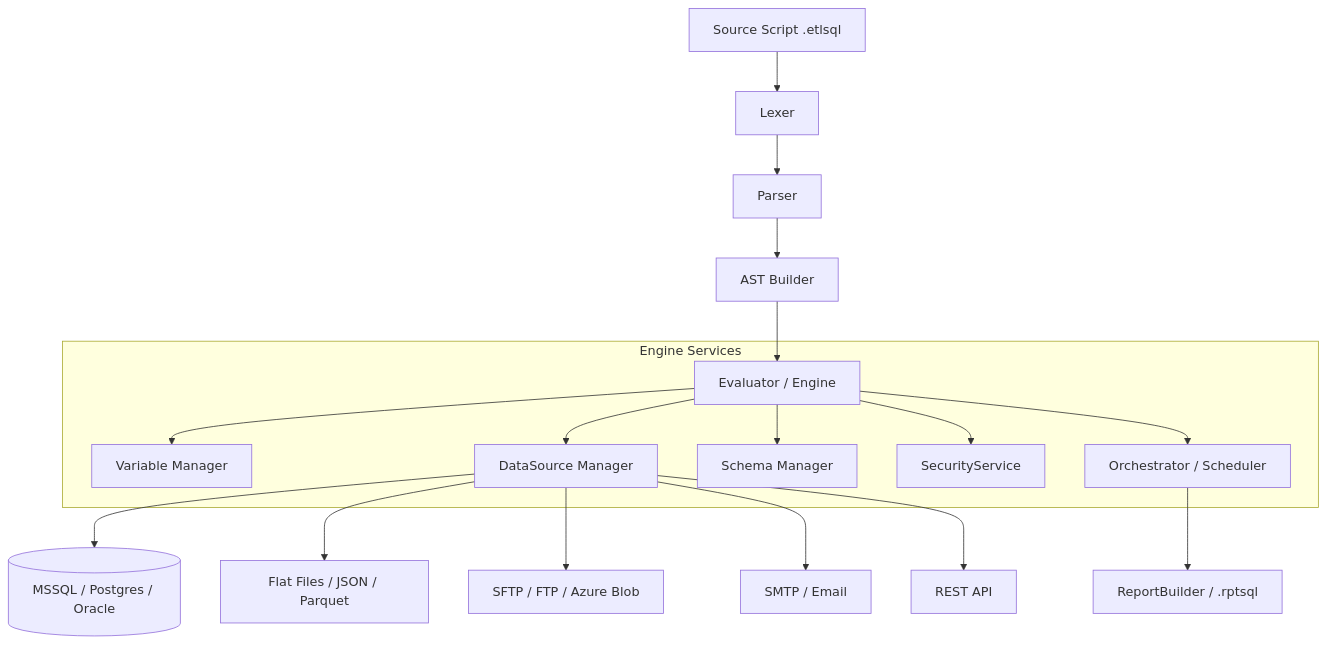
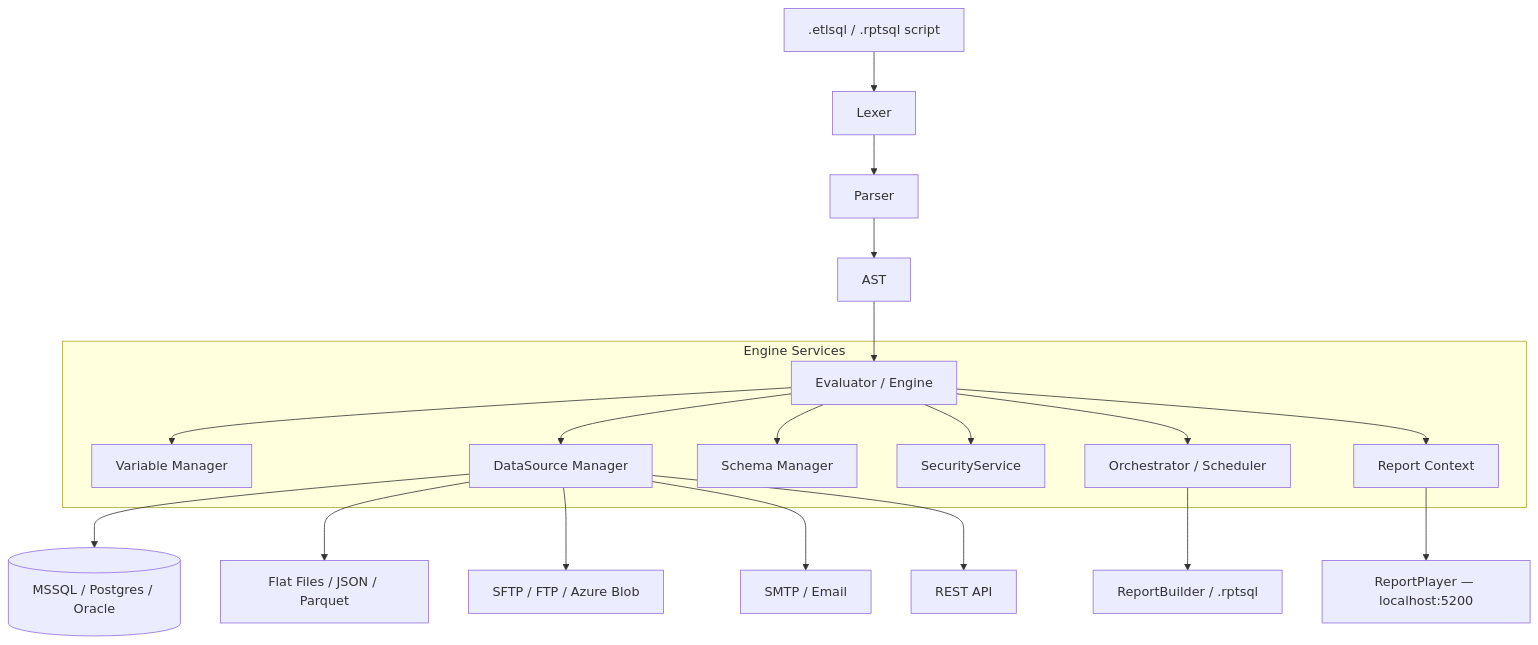
The diagram in README.md (etl-sql/ETL-SQL), drawn with Mermaid before and after one commit. The commit also changed other lines of this file and 79 other files, not shown here.

````diff
--- a/README.md
+++ b/README.md
@@ -72,22 +257,24 @@
 ```mermaid
 graph TD
-    A[Source Script .etlsql] --> B[Lexer]
+    A[".etlsql / .rptsql script"] --> B[Lexer]
     B --> C[Parser]
-    C --> D[AST Builder]
+    C --> D[AST]
     D --> E[Evaluator / Engine]
 
     subgraph Engine Services
         E --> F[Variable Manager]
         E --> G[DataSource Manager]
         E --> H[Schema Manager]
         E --> S[SecurityService]
         E --> O[Orchestrator / Scheduler]
+        E --> R[Report Context]
     end
 
     G --> I[(MSSQL / Postgres / Oracle)]
     G --> J[Flat Files / JSON / Parquet]
     G --> K[SFTP / FTP / Azure Blob]
     G --> L[SMTP / Email]
     G --> M[REST API]
     O --> N[ReportBuilder / .rptsql]
+    R --> P[ReportPlayer — localhost:5200]
 ```
````
